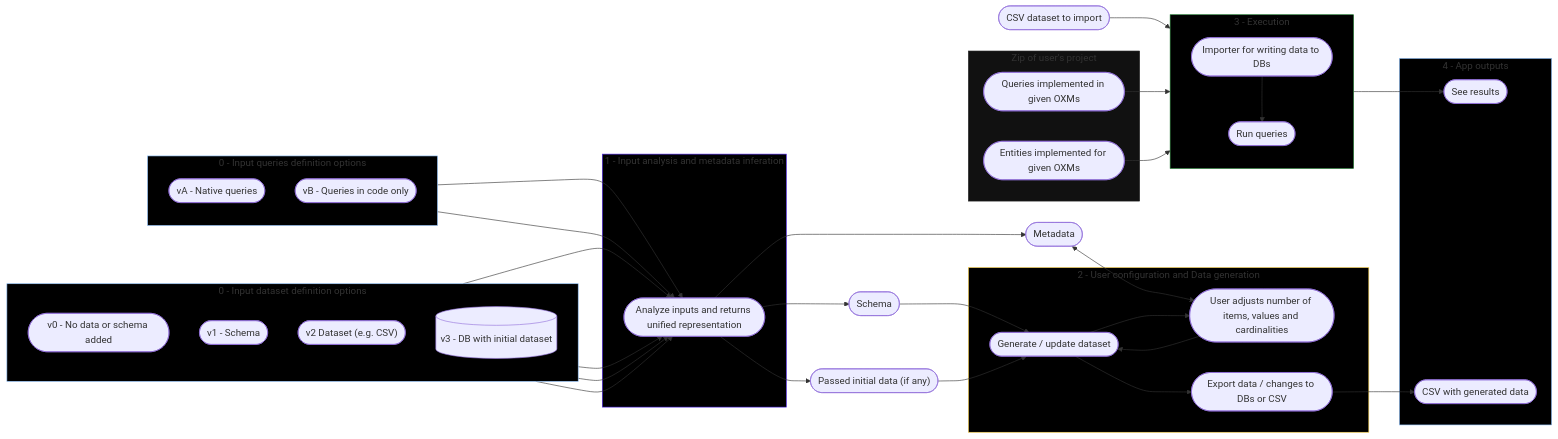
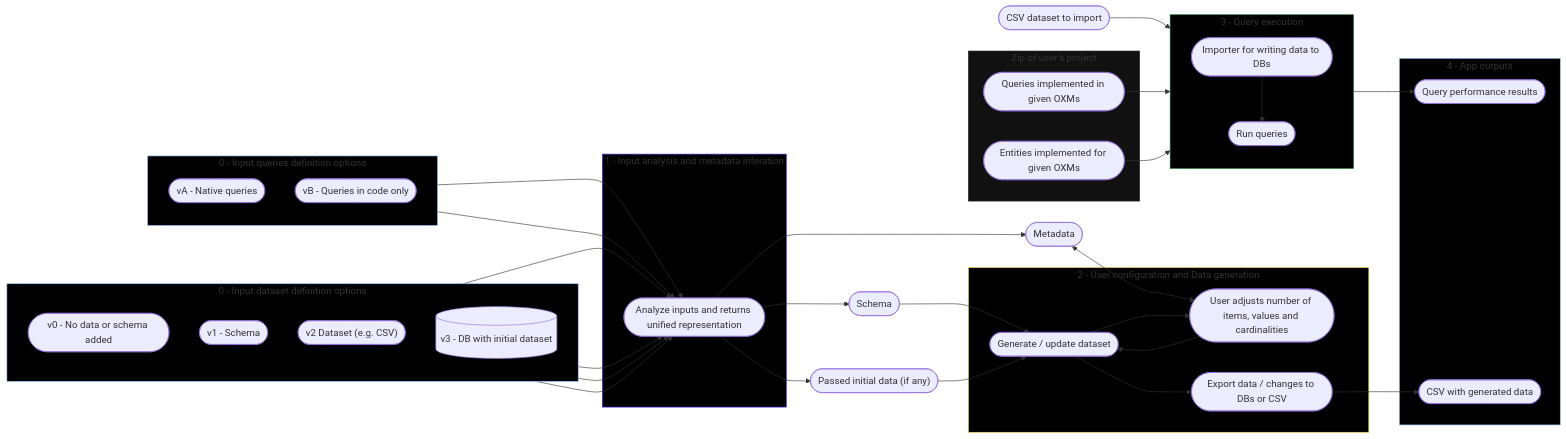
Before and after one commit to SimekJan/oxm-benchmark: the diagram in docs/FLOW.md, drawn with Mermaid.

Commit message:
Minor flow graph caption update

````diff
--- a/docs/FLOW.md
+++ b/docs/FLOW.md
@@ -1,82 +1,82 @@
 ```mermaid
 
 flowchart LR
     subgraph INPUTS_DATASET["0 - Input dataset definition options"]
         direction TD
         NOTHING(["v0 - No data or schema added"])
         SCHEMA(["v1 - Schema"])
         DATASET(["v2 Dataset (e.g. CSV)"])
         READONLY_DATABASE[("v3 - DB with initial dataset")]
     end
 
     subgraph INPUTS_QUERIES["0 - Input queries definition options"]
         direction TD
         QUERIES(["vA - Native queries"])
         CODE_QUERIES(["vB - Queries in code only"])
     end
 
     INFERRED_SCHEMA(["Schema"])
     INFERRED_METADATA(["Metadata"])
     INITIAL_DATA(["Passed initial data (if any)"])
     SCHEMA_ANALYSER --> INFERRED_SCHEMA
     SCHEMA_ANALYSER --> INFERRED_METADATA
     SCHEMA_ANALYSER --> INITIAL_DATA
 
     subgraph SCHEMA_INFER["1 - Input analysis and metadata inferation"]
         SCHEMA_ANALYSER(["Analyze inputs and returns unified representation"])
     end
 
     NOTHING --> SCHEMA_ANALYSER
     SCHEMA --> SCHEMA_ANALYSER
     DATASET --> SCHEMA_ANALYSER
     READONLY_DATABASE --> SCHEMA_ANALYSER
     QUERIES --> SCHEMA_ANALYSER
     CODE_QUERIES --> SCHEMA_ANALYSER
 
     INFERRED_SCHEMA --> GENERATE
     INITIAL_DATA --> GENERATE
     INFERRED_METADATA <--> ADJUST
 
     subgraph ZIP_PROJECT["Zip of user's project"]
         QUERIES_IN_CODE([Queries implemented in given OXMs])
         ENTITIES_IN_CODE([Entities implemented for given OXMs])
     end
 
     subgraph CONFIG["2 - User configuration and Data generation"]
         ADJUST(["User adjusts number of items, values and cardinalities"])
         GENERATE(["Generate / update dataset"])
         EXPORT(["Export data / changes to DBs or CSV"])
         ADJUST --> GENERATE
         GENERATE --> ADJUST 
         GENERATE --> EXPORT
     end
 
-    subgraph EXECUTION["3 - Execution"]
+    subgraph EXECUTION["3 - Query execution"]
         direction TD
         RUN(["Run queries"])
         IMPORTER(["Importer for writing data to DBs"])
     end
 
     subgraph OUTPUTS["4 - App outputs"]
-        RESULTS(["See results"])
+        RESULTS(["Query performance results"])
         RESULT_DATASET(["CSV with generated data"])
     end
 
     EXPORT --> RESULT_DATASET
     GENERATED_DATASET(["CSV dataset to import"]) --> IMPORTER
     IMPORTER --> RUN
     RUN --> RESULTS
     QUERIES_IN_CODE --> RUN
     ENTITIES_IN_CODE --> IMPORTER
 
     classDef input fill: #DBEAFE, stroke: #2563EB, color: #1E3A8A
     classDef init fill: #EDE9FE, stroke: #7C3AED, color: #4C1D95
     classDef config fill: #222222, stroke: #D97706, color: #78350F
     style INPUTS_DATASET fill: #000000, stroke: #93C5FD
     style INPUTS_QUERIES fill: #000000, stroke: #93C5FD
     style SCHEMA_INFER fill: #000000, stroke: #5027f1
     style CONFIG fill: #000000, stroke: #FCD34D
     style EXECUTION fill: #000000, stroke: #197629
     style OUTPUTS fill: #000000, stroke: #93C5FD
     style ZIP_PROJECT fill: #111111, stroke: #222222
 ```
````
